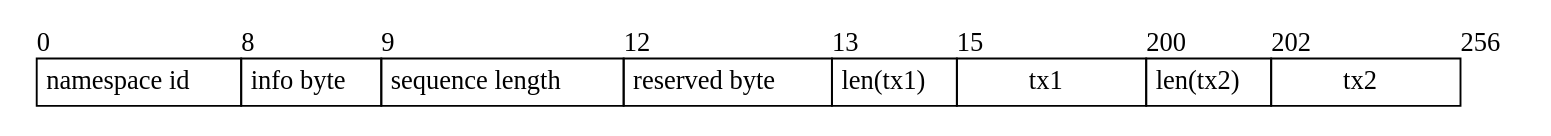
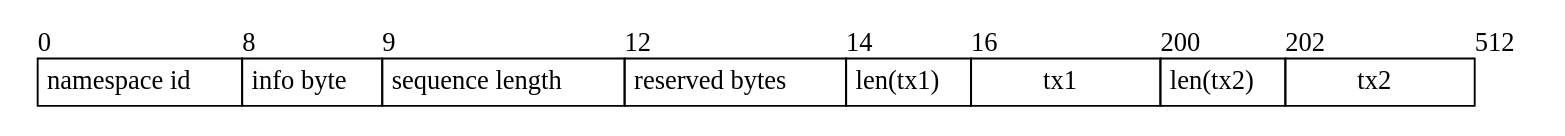
Before and after one commit to celestiaorg/celestia-app: the diagram in specs/src/specs/figures/compact_start_share.dot, drawn with Graphviz. The commit also changed 9 other files, not shown here.

Commit message:
specs: two reserved bytes

```diff
--- a/specs/src/specs/figures/compact_start_share.dot
+++ b/specs/src/specs/figures/compact_start_share.dot
@@ -1,29 +1,29 @@
 digraph G {
     node [shape = record, penwidth = 0];
 
     share [label=<
     <table border="0" cellborder="1" cellspacing="0">
         <tr>
             <td align="left" border="0" cellpadding="0">0</td>
             <td align="left" border="0" cellpadding="0">8</td>
             <td align="left" border="0" cellpadding="0">9</td>
             <td align="left" border="0" cellpadding="0">12</td>
-            <td align="left" border="0" cellpadding="0">13</td>
-            <td align="left" border="0" cellpadding="0">15</td>
+            <td align="left" border="0" cellpadding="0">14</td>
+            <td align="left" border="0" cellpadding="0">16</td>
             <td align="left" border="0" cellpadding="0">200</td>
             <td align="left" border="0" cellpadding="0">202</td>
-            <td align="left" border="0" cellpadding="0">256</td>
+            <td align="left" border="0" cellpadding="0">512</td>
         </tr>
         <tr>
             <td width="8" cellpadding="4">namespace id</td>
             <td width="1" cellpadding="4">info byte</td>
             <td width="4" cellpadding="4">sequence length</td>
-            <td width="2" cellpadding="4">reserved byte</td>
+            <td width="2" cellpadding="4">reserved bytes</td>
             <td width="2" cellpadding="4">len(tx1)</td>
             <td width="100" cellpadding="4">tx1</td>
             <td width="2" cellpadding="4">len(tx2)</td>
             <td width="100" cellpadding="4">tx2</td>
         </tr>
     </table>
     >];
 }
```
